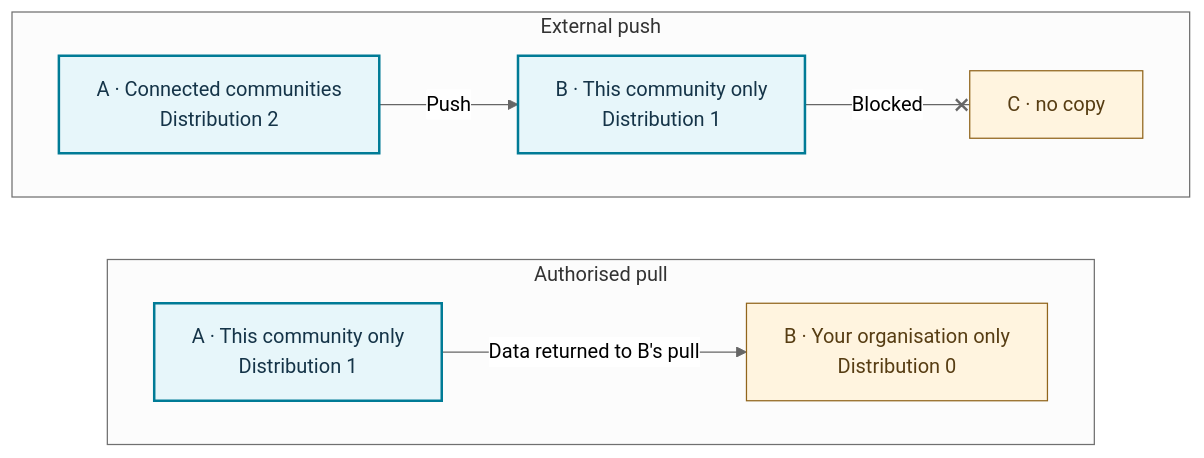
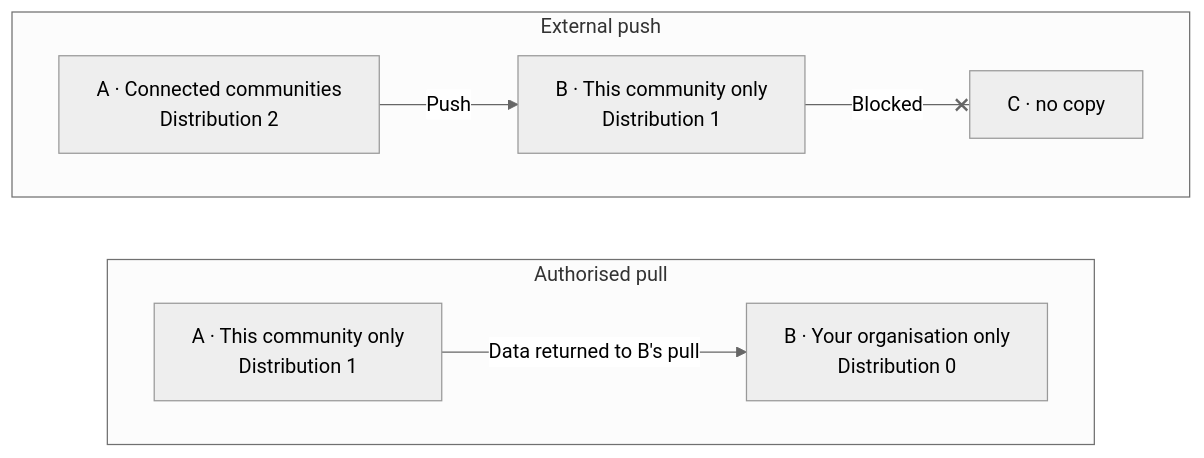
One commit to MISP/misp-book changed the diagram in sharing/figures/distribution-boundaries.mmd. Above: the diagram before and after it, drawn with Mermaid (neutral theme). The commit also changed 43 other files, not shown here.

Commit message:
Apply a shared MISP theme and logo to all book diagrams

```diff
--- a/sharing/figures/distribution-boundaries.mmd
+++ b/sharing/figures/distribution-boundaries.mmd
@@ -1,17 +1,15 @@
 flowchart TB
   accTitle: Community distribution changes at an external synchronization boundary
   accDescr: In the first example, A pushes an event with Connected communities distribution to B, where it becomes This community only. B cannot push that copy to C through a normal external connection. In a separate example, an eligible account at B pulls an event with This community only distribution from A; the copy becomes Your organisation only at B. This diagram excludes internal connections and sharing groups.
   subgraph p["External push"]
     direction LR
     A["A · Connected communities<br/>Distribution 2"] -->|"Push"| B["B · This community only<br/>Distribution 1"]
     B --x|"Blocked"| C["C · no copy"]
   end
   subgraph r["Authorised pull"]
     direction LR
     X["A · This community only<br/>Distribution 1"] -->|"Data returned to B's pull"| Y["B · Your organisation only<br/>Distribution 0"]
   end
   p ~~~ r
-  classDef shared fill:#e7f6fa,stroke:#007b96,color:#153448,stroke-width:2px;
-  classDef limited fill:#fff4df,stroke:#91651c,color:#573d13;
-  class A,B,X shared;
-  class C,Y limited;
+  class A,B,X accent;
+  class C,Y caution;
```
